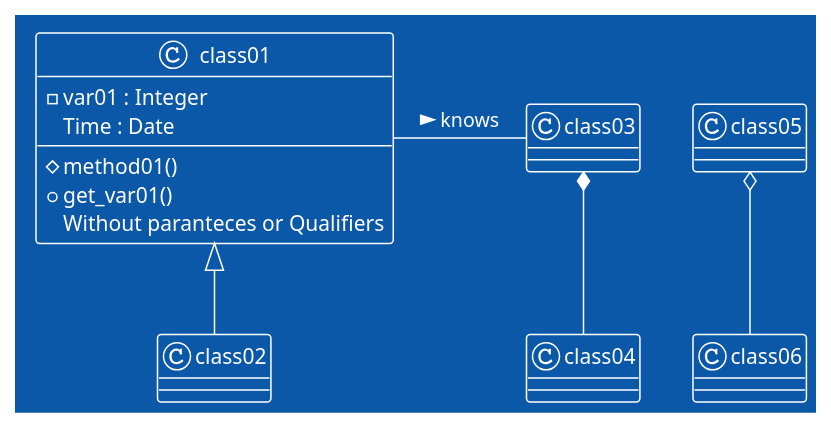
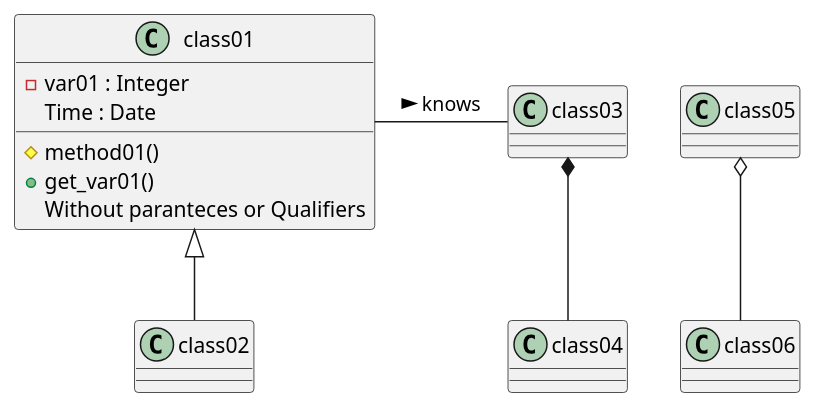
Before and after one commit to UPPMAX/programming_formalisms_intro: the diagram in doc/puml/class.puml, drawn with PlantUML.

```diff
--- a/doc/puml/class.puml
+++ b/doc/puml/class.puml
@@ -1,15 +1,14 @@
 @startuml
- !theme amiga
  class01 <|-- class02
  class03 *-- class04
  class05 o-- class06
 
  class01- class03 : knows >
  class class01 {
     -var01 : Integer
     Time : Date
     #method01()
     +get_var01()
     {method}Without paranteces or Qualifiers
  }
 @enduml
```
